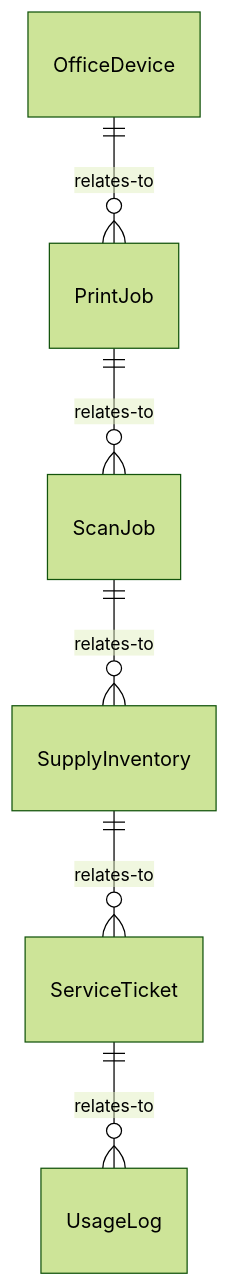
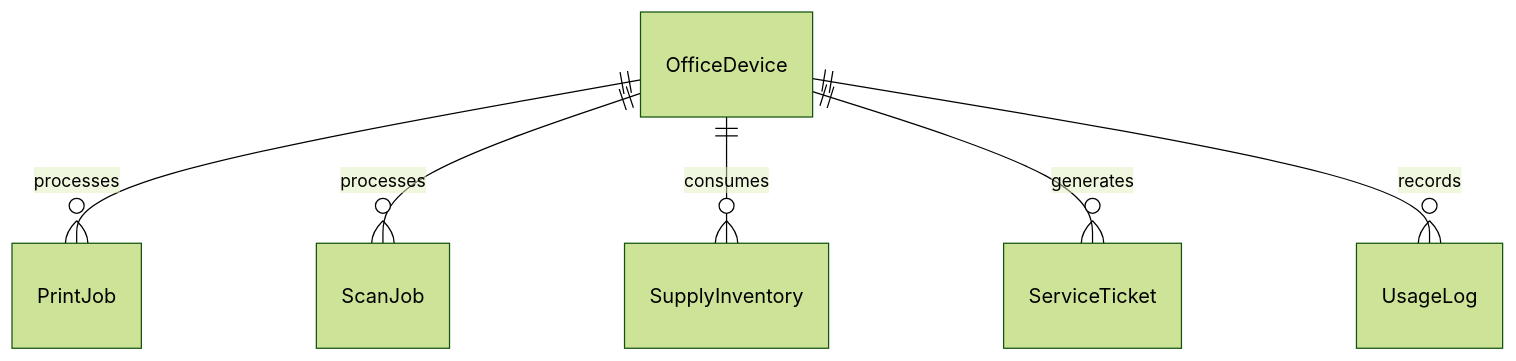
The first of 4 diagrams in ControllingMachinesAndProcesses/OperateOfficeEquipment/OperateOfficeEquipment.mdx (dot-org-ai/tasks.org.ai), drawn with Mermaid (forest theme) before and after one commit. The commit also changed other lines of this file and 515 other files, not shown here.

````diff
--- a/ControllingMachinesAndProcesses/OperateOfficeEquipment/OperateOfficeEquipment.mdx
+++ b/ControllingMachinesAndProcesses/OperateOfficeEquipment/OperateOfficeEquipment.mdx
@@ -87,8 +87,8 @@
 ```mermaid
 erDiagram
-    OfficeDevice ||--o{ PrintJob : relates-to
-    PrintJob ||--o{ ScanJob : relates-to
-    ScanJob ||--o{ SupplyInventory : relates-to
-    SupplyInventory ||--o{ ServiceTicket : relates-to
-    ServiceTicket ||--o{ UsageLog : relates-to
+    OfficeDevice ||--o{ PrintJob : processes
+    OfficeDevice ||--o{ ScanJob : processes
+    OfficeDevice ||--o{ SupplyInventory : consumes
+    OfficeDevice ||--o{ ServiceTicket : generates
+    OfficeDevice ||--o{ UsageLog : records
 ```
````
